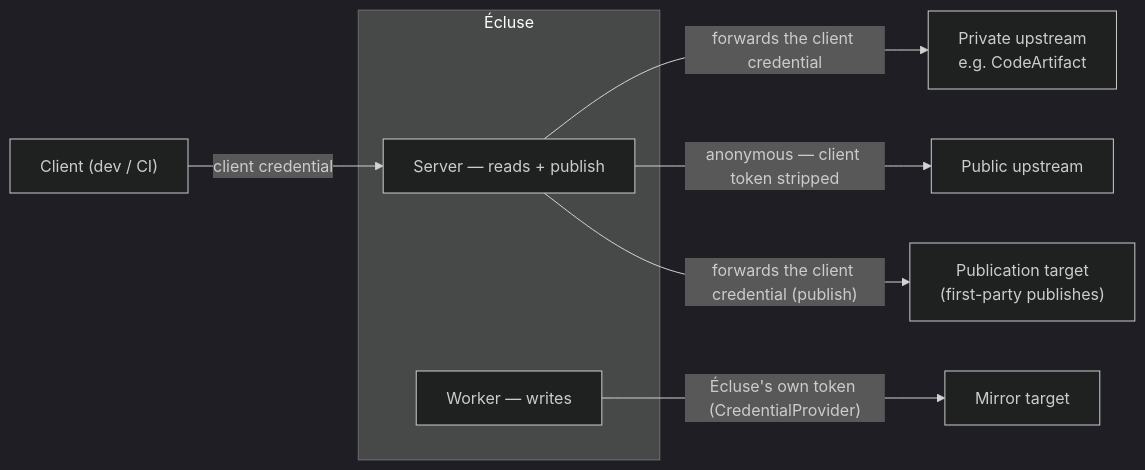
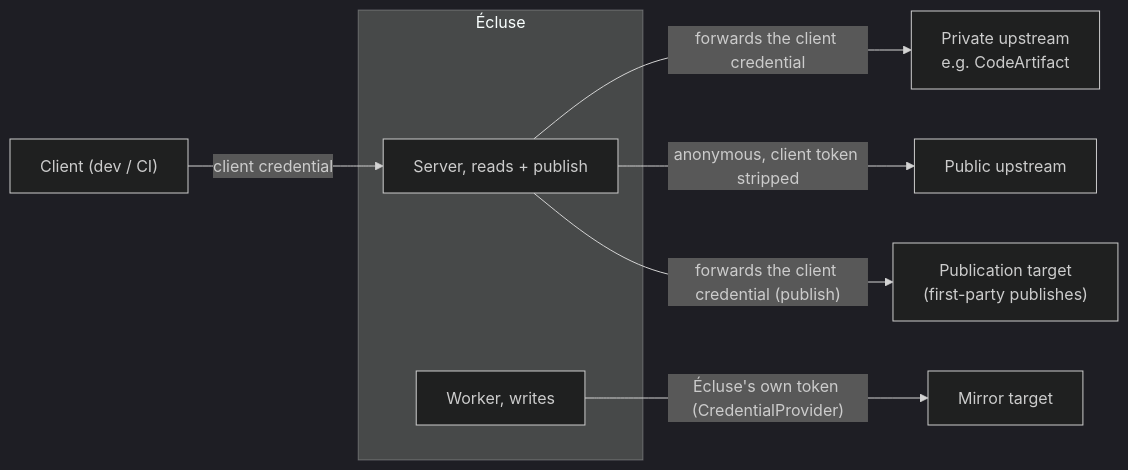
One commit to AlexaDeWit/Ecluse changed the seventh of 8 diagrams in docs/architecture/diagrams.md. Above: the diagram before and after it, drawn with Mermaid (dark theme). The commit also changed other lines of this file and 91 other files, not shown here.

````diff
--- a/docs/architecture/diagrams.md
+++ b/docs/architecture/diagrams.md
@@ -274,18 +273,18 @@
 ```mermaid
 flowchart LR
     Client["Client (dev / CI)"]
     subgraph E["Écluse"]
-        SRV["Server — reads + publish"]
-        WK["Worker — writes"]
+        SRV["Server, reads + publish"]
+        WK["Worker, writes"]
     end
     Priv["Private upstream<br/>e.g. CodeArtifact"]
     Pub["Public upstream"]
     Mirror["Mirror target"]
     PubT["Publication target<br/>(first-party publishes)"]
 
     Client -->|"client credential"| SRV
     SRV -->|"forwards the client credential"| Priv
-    SRV -->|"anonymous — client token stripped"| Pub
+    SRV -->|"anonymous, client token stripped"| Pub
     SRV -->|"forwards the client credential (publish)"| PubT
     WK -->|"Écluse's own token (CredentialProvider)"| Mirror
 ```
````
